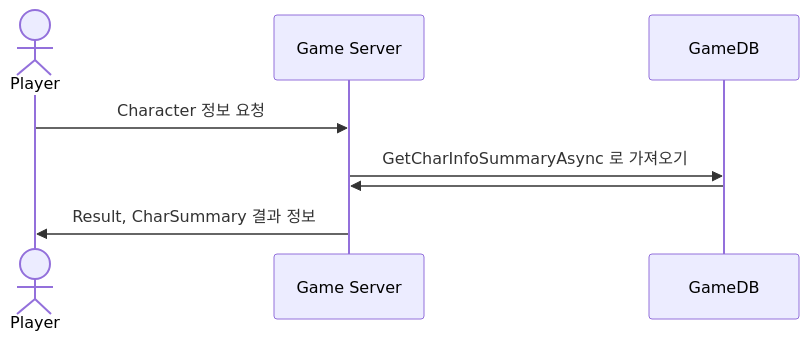
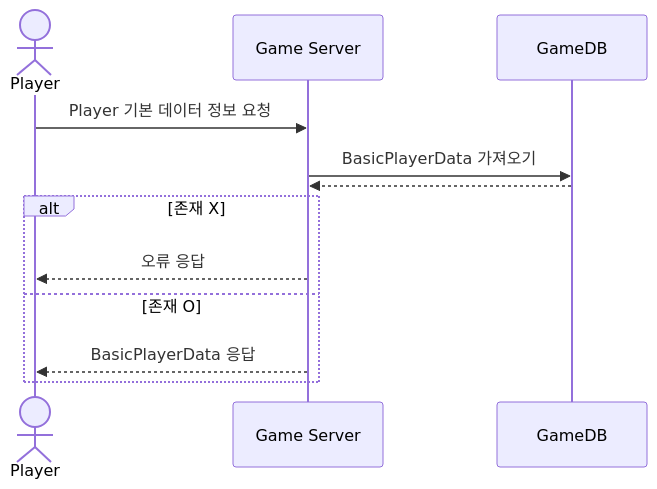
One commit to yujinS0/Omok-Game changed the first of 2 diagrams in SequenceDiagram/PlayerInfo.md. Above: the diagram before and after it, drawn with Mermaid. The commit also changed other lines of this file, not shown here.

````diff
--- a/SequenceDiagram/PlayerInfo.md
+++ b/SequenceDiagram/PlayerInfo.md
@@ -8,12 +8,15 @@
 ```mermaid
 sequenceDiagram
 	actor Player
 	participant Game Server
-  participant GameDB
+  	participant GameDB
 
-	Player ->> Game Server : Character 정보 요청
-	Game Server ->> GameDB : GetCharInfoSummaryAsync 로 가져오기
-  GameDB ->> Game Server : 
-  Game Server ->> Player : Result, CharSummary 결과 정보
-
+	Player ->> Game Server : Player 기본 데이터 정보 요청
+	Game Server ->> GameDB : BasicPlayerData 가져오기
+	GameDB -->> Game Server : 
+	alt 존재 X
+		Game Server -->> Player : 오류 응답
+	else 존재 O
+		Game Server -->> Player : BasicPlayerData 응답
+	end
 ```
````
